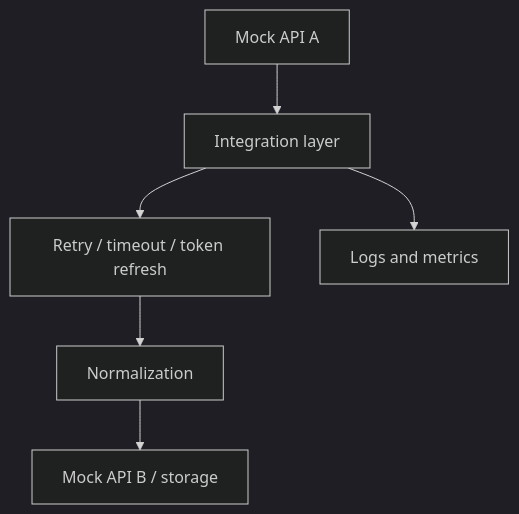
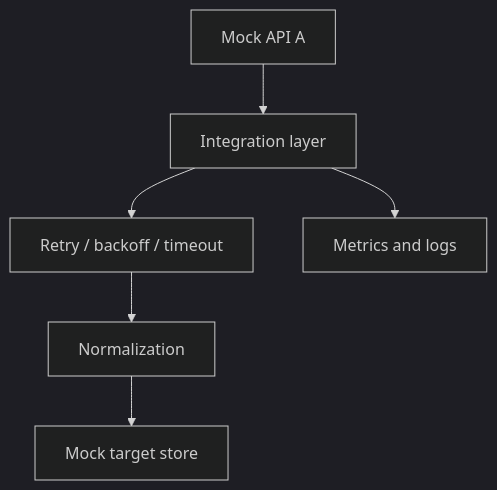
One commit to guilherme-lacerda-tech/api-integration-playground changed the diagram in README.md. Above: the diagram before and after it, drawn with Mermaid (dark theme). The commit also changed other lines of this file and 7 other files, not shown here.

````diff
--- a/README.md
+++ b/README.md
@@ -23,8 +27,8 @@
 ```mermaid
 flowchart TB
-    A["Mock API A"] --> B["Integration layer"]
-    B --> C["Retry / timeout / token refresh"]
-    C --> D["Normalization"]
-    D --> E["Mock API B / storage"]
-    B --> F["Logs and metrics"]
+    Source["Mock API A"] --> Client["Integration layer"]
+    Client --> Retry["Retry / backoff / timeout"]
+    Retry --> Normalize["Normalization"]
+    Normalize --> Target["Mock target store"]
+    Client --> Metrics["Metrics and logs"]
 ```
````
